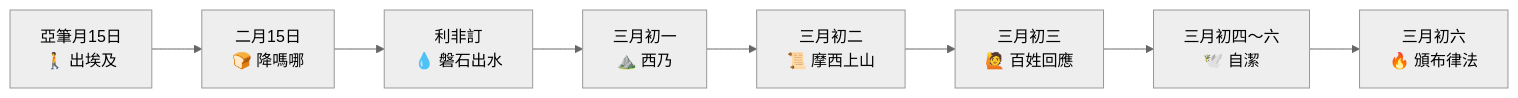
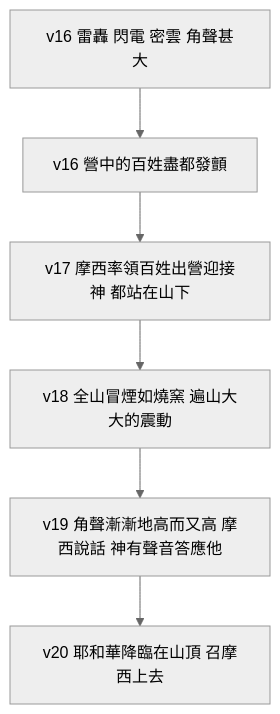
Before and after one commit to andyjr5566/Bible_wiki_zh: the diagram in 02 出埃及記/第19章.md, drawn with Mermaid (neutral theme). The commit also changed other lines of this file and 45 other files, not shown here.

````diff
--- a/02 出埃及記/第19章.md
+++ b/02 出埃及記/第19章.md
@@ -109,12 +144,8 @@
 ```mermaid
-flowchart LR
-
-A["亞筆月15日<br>🚶 出埃及"]
--->B["二月15日<br>🍞 降嗎哪"]
--->C["利非訂<br>💧 磐石出水"]
--->D["三月初一<br>⛰️ 西乃"]
--->E["三月初二<br>📜 摩西上山"]
--->F["三月初三<br>🙋 百姓回應"]
--->G["三月初四～六<br>🕊️ 自潔"]
--->H["三月初六<br>🔥 頒布律法"]
+flowchart TD
+  A["v16 雷轟 閃電 密雲 角聲甚大"] --> B["v16 營中的百姓盡都發顫"]
+  B --> C["v17 摩西率領百姓出營迎接神 都站在山下"]
+  C --> D["v18 全山冒煙如燒窯 遍山大大的震動"]
+  D --> E["v19 角聲漸漸地高而又高 摩西說話 神有聲音答應他"]
+  E --> F["v20 耶和華降臨在山頂 召摩西上去"]
 ```
````
